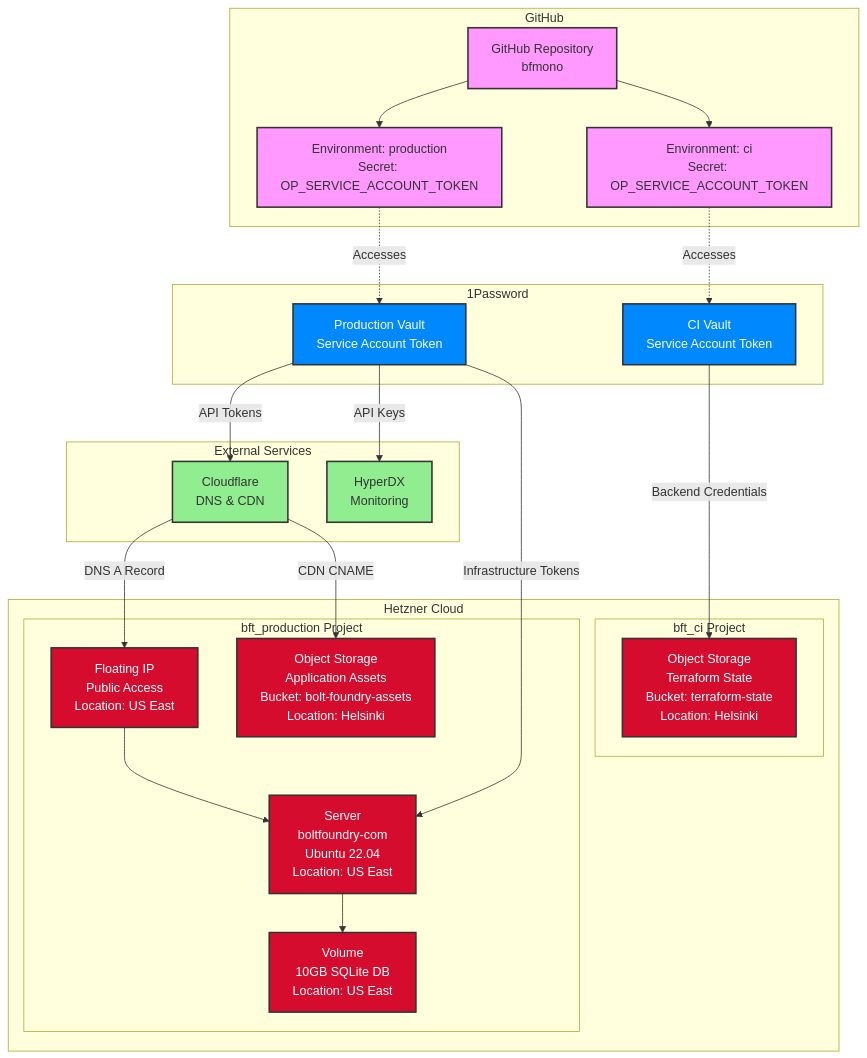
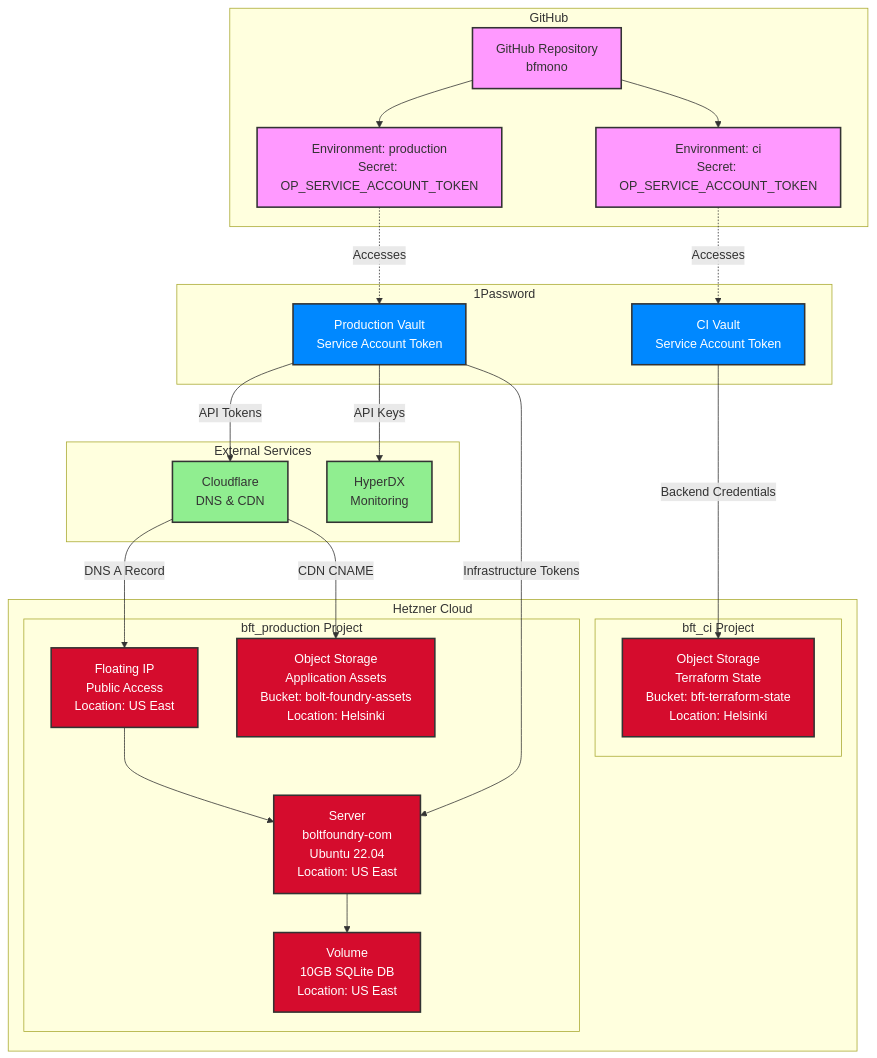
The first of 5 diagrams in infra/terraform/hetzner/architecture.md (bolt-foundry/bfmono), drawn with Mermaid before and after one commit. The commit also changed 7 other files, not shown here.

````diff
--- a/infra/terraform/hetzner/architecture.md
+++ b/infra/terraform/hetzner/architecture.md
@@ -8,59 +8,59 @@
 ```mermaid
 graph TB
     subgraph "GitHub"
         GH_REPO[GitHub Repository<br/>bfmono]
         GH_ENV_CI["Environment: ci<br/>Secret: OP_SERVICE_ACCOUNT_TOKEN"]
         GH_ENV_PROD["Environment: production<br/>Secret: OP_SERVICE_ACCOUNT_TOKEN"]
         
         GH_REPO --> GH_ENV_CI
         GH_REPO --> GH_ENV_PROD
     end
     
     subgraph "1Password"
         OP_CI[CI Vault<br/>Service Account Token]
         OP_PROD[Production Vault<br/>Service Account Token]
     end
     
     subgraph "Hetzner Cloud"
         subgraph "bft_ci Project"
-            CI_S3[Object Storage<br/>Terraform State<br/>Bucket: terraform-state<br/>Location: Helsinki]
+            CI_S3[Object Storage<br/>Terraform State<br/>Bucket: bft-terraform-state<br/>Location: Helsinki]
         end
         
         subgraph "bft_production Project"
             PROD_SERVER[Server<br/>boltfoundry-com<br/>Ubuntu 22.04<br/>Location: US East]
             PROD_IP[Floating IP<br/>Public Access<br/>Location: US East]
             PROD_VOL[Volume<br/>10GB SQLite DB<br/>Location: US East]
             PROD_S3[Object Storage<br/>Application Assets<br/>Bucket: bolt-foundry-assets<br/>Location: Helsinki]
             
             PROD_SERVER --> PROD_VOL
             PROD_IP --> PROD_SERVER
         end
     end
     
     subgraph "External Services"
         CF[Cloudflare<br/>DNS & CDN]
         HYPERDX[HyperDX<br/>Monitoring]
     end
     
     %% Connections
     GH_ENV_CI -.->|Accesses| OP_CI
     GH_ENV_PROD -.->|Accesses| OP_PROD
     
     OP_CI -->|Backend Credentials| CI_S3
     OP_PROD -->|Infrastructure Tokens| PROD_SERVER
     OP_PROD -->|API Tokens| CF
     OP_PROD -->|API Keys| HYPERDX
     
     CF -->|DNS A Record| PROD_IP
     CF -->|CDN CNAME| PROD_S3
     
     classDef github fill:#f9f,stroke:#333,stroke-width:2px
     classDef onepass fill:#0088ff,stroke:#333,stroke-width:2px,color:#fff
     classDef hetzner fill:#d50c2d,stroke:#333,stroke-width:2px,color:#fff
     classDef external fill:#90EE90,stroke:#333,stroke-width:2px
     
     class GH_REPO,GH_ENV_CI,GH_ENV_PROD github
     class OP_CI,OP_PROD onepass
     class CI_S3,PROD_SERVER,PROD_IP,PROD_VOL,PROD_S3 hetzner
     class CF,HYPERDX external
 ```
````
